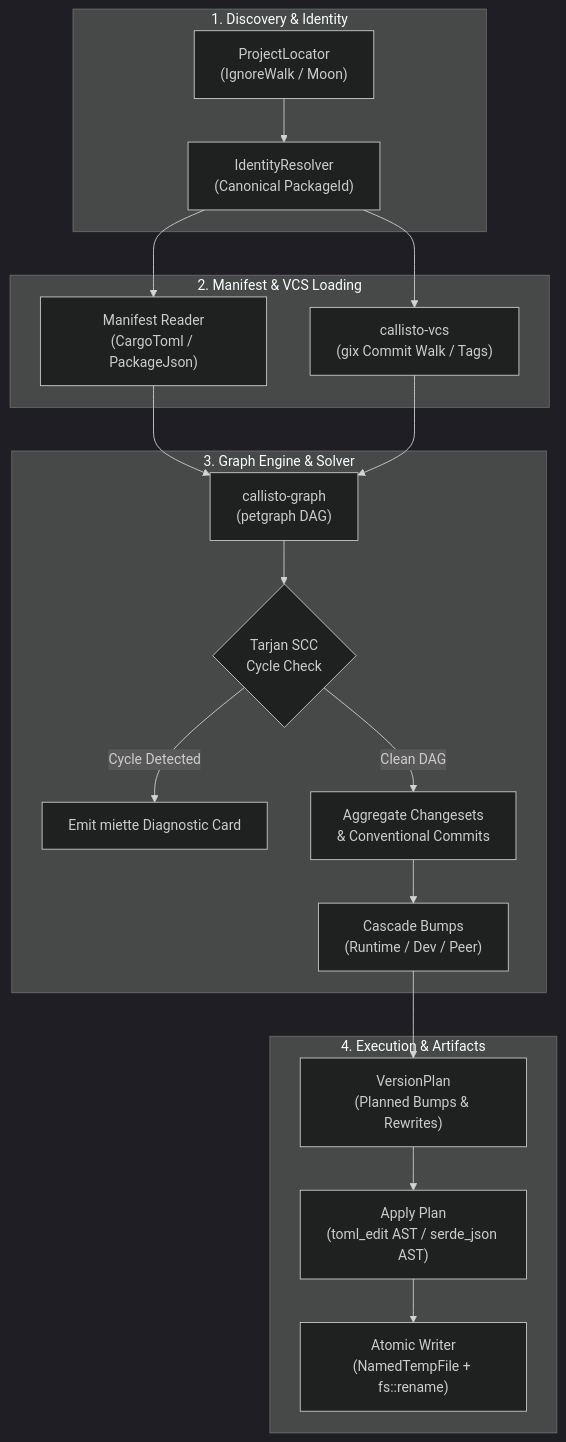
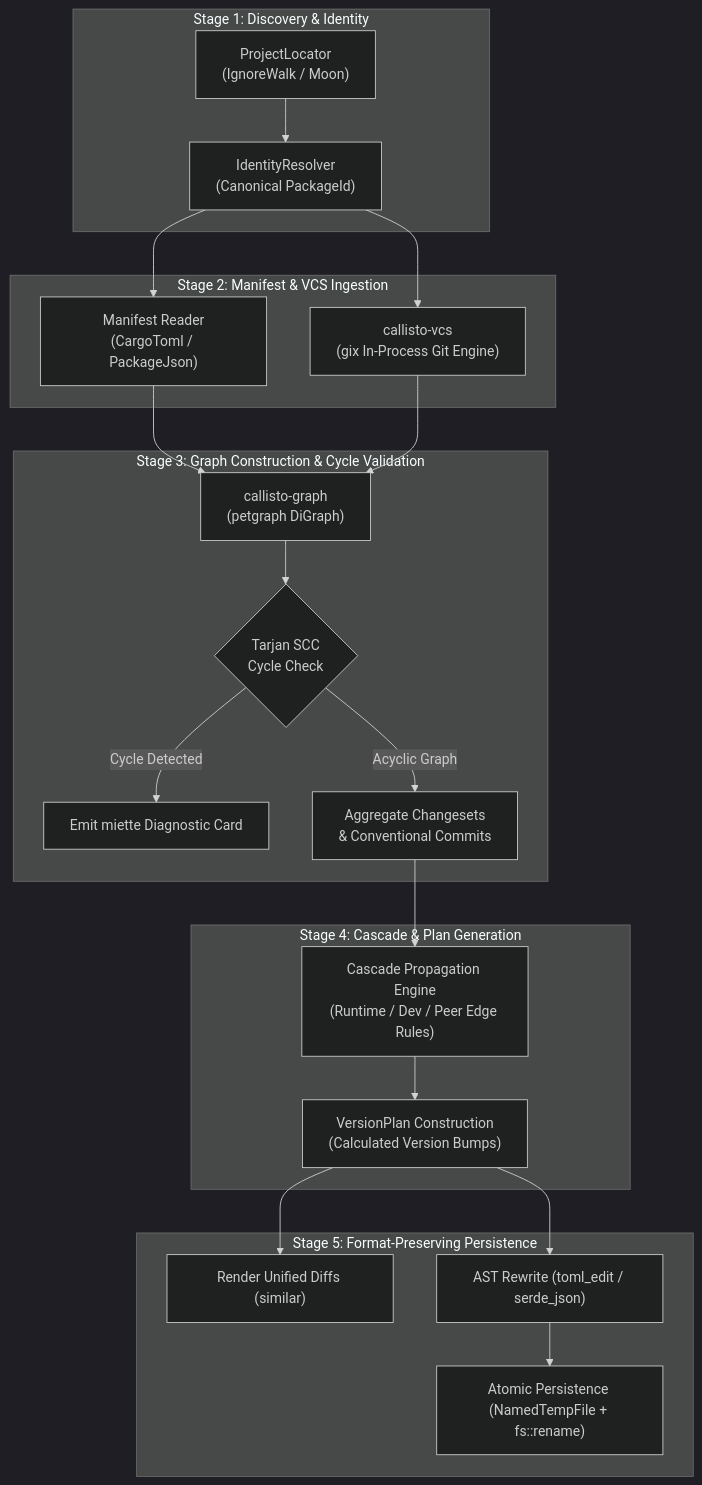
Before and after one commit to orin-dx/callisto: the first of 4 diagrams in ARCHITECTURE.md, drawn with Mermaid (dark theme). The commit also changed other lines of this file and 26 other files, not shown here.

Commit message:
feat: add interactive 5-step Changesets wizard and human slug generator for callisto add

````diff
--- a/ARCHITECTURE.md
+++ b/ARCHITECTURE.md
@@ -13,25 +25,29 @@
 ```mermaid
 flowchart TD
-    subgraph Discovery ["1. Discovery & Identity"]
+    subgraph Stage1 ["Stage 1: Discovery & Identity"]
         PL["ProjectLocator<br/>(IgnoreWalk / Moon)"] --> IR["IdentityResolver<br/>(Canonical PackageId)"]
     end
 
-    subgraph Loading ["2. Manifest & VCS Loading"]
-        IR --> ML["Manifest Reader<br/>(CargoToml / PackageJson)"]
-        IR --> VCS["callisto-vcs<br/>(gix Commit Walk / Tags)"]
+    subgraph Stage2 ["Stage 2: Manifest & VCS Ingestion"]
+        IR --> MR["Manifest Reader<br/>(CargoToml / PackageJson)"]
+        IR --> VCS["callisto-vcs<br/>(gix In-Process Git Engine)"]
     end
 
-    subgraph CoreEngine ["3. Graph Engine & Solver"]
-        ML & VCS --> Graph["callisto-graph<br/>(petgraph DAG)"]
-        Graph --> SCC{"Tarjan SCC<br/>Cycle Check"}
-        SCC -- "Cycle Detected" --> DiagErr["Emit miette Diagnostic Card"]
-        SCC -- "Clean DAG" --> Agg["Aggregate Changesets<br/>& Conventional Commits"]
-        Agg --> Cascade["Cascade Bumps<br/>(Runtime / Dev / Peer)"]
+    subgraph Stage3 ["Stage 3: Graph Construction & Cycle Validation"]
+        MR & VCS --> DAG["callisto-graph<br/>(petgraph DiGraph)"]
+        DAG --> SCC{"Tarjan SCC<br/>Cycle Check"}
+        SCC -- "Cycle Detected" --> Err["Emit miette Diagnostic Card"]
+        SCC -- "Acyclic Graph" --> Agg["Aggregate Changesets<br/>& Conventional Commits"]
     end
 
-    subgraph Output ["4. Execution & Artifacts"]
-        Cascade --> Plan["VersionPlan<br/>(Planned Bumps & Rewrites)"]
-        Plan --> Apply["Apply Plan<br/>(toml_edit AST / serde_json AST)"]
-        Apply --> Atomic["Atomic Writer<br/>(NamedTempFile + fs::rename)"]
+    subgraph Stage4 ["Stage 4: Cascade & Plan Generation"]
+        Agg --> Cascade["Cascade Propagation Engine<br/>(Runtime / Dev / Peer Edge Rules)"]
+        Cascade --> Plan["VersionPlan Construction<br/>(Calculated Version Bumps)"]
+    end
+
+    subgraph Stage5 ["Stage 5: Format-Preserving Persistence"]
+        Plan --> Diff["Render Unified Diffs (similar)"]
+        Plan --> AST["AST Rewrite (toml_edit / serde_json)"]
+        AST --> Atomic["Atomic Persistence (NamedTempFile + fs::rename)"]
     end
 ```
````
